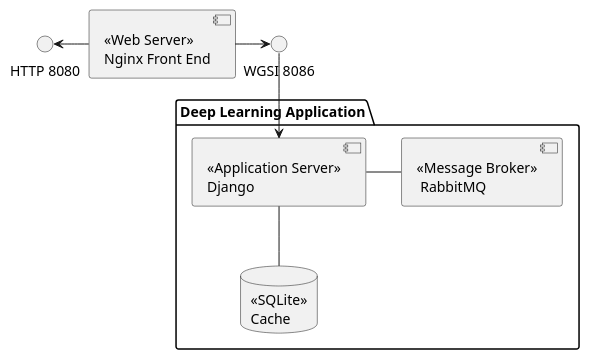
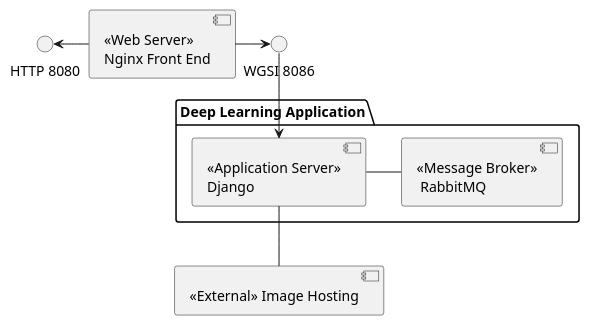
One commit to rachit-ranjan16/Kiera changed the diagram in design/ComponentDiag.pu. Above: the diagram before and after it, drawn with PlantUML. The commit also changed 4 other files, not shown here.

```diff
--- a/design/ComponentDiag.pu
+++ b/design/ComponentDiag.pu
@@ -1,19 +1,18 @@
 @startuml
 
 [<<Web Server>>\nNginx Front End] as Nginx
-
+[<<External>> Image Hosting] as IH
 package "Deep Learning Application" {
     [<<Application Server>>\nDjango] as Django
     [<<Message Broker>>\n RabbitMQ] as MB
-    database "<<SQLite>>\nCache" as DB
 }
 
 interface "HTTP 8080" as HTTP
 interface "WGSI 8086" as DjServer
 Nginx -left-> HTTP
 Nginx -right-> DjServer
 DjServer -down-> Django
 Django -right- MB
-Django -down- DB
+Django -down- IH
 
 @enduml
```
